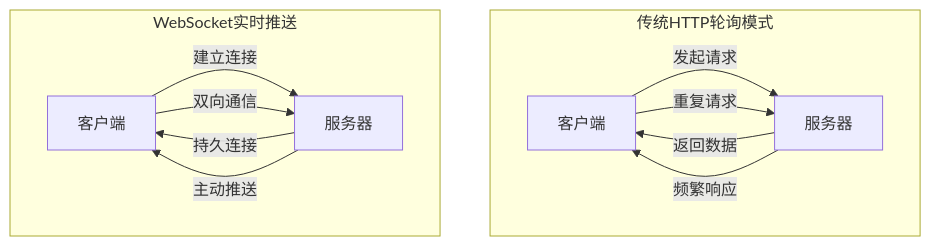
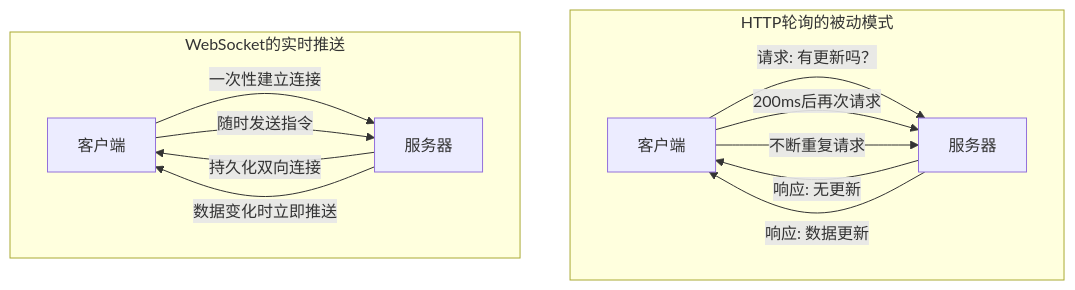
Before and after one commit to kick-pixel/btc_eth_bizzan_contract_Exchange_ztuo_jiaoyisuo: the first of 7 diagrams in doc/08.Websocket 实时消息推送：AQMD-NETTY 框架.md, drawn with Mermaid. The commit also changed other lines of this file and 27 other files, not shown here.

````diff
--- a/doc/08.Websocket 实时消息推送：AQMD-NETTY 框架.md
+++ b/doc/08.Websocket 实时消息推送：AQMD-NETTY 框架.md
@@ -21,16 +29,17 @@
 ```mermaid
 graph TD
-    subgraph "传统HTTP轮询模式"
-        A[客户端] -- 发起请求 --> B[服务器];
-        B -- 返回数据 --> A;
-        A -- 重复请求 --> B;
-        B -- 频繁响应 --> A;
+    subgraph "HTTP轮询的被动模式"
+        A[客户端] -- 请求: 有更新吗？ --> B[服务器];
+        B -- 响应: 无更新 --> A;
+        A -- 200ms后再次请求 --> B;
+        B -- 响应: 数据更新 --> A;
+        A[客户端] -- 不断重复请求 --> B[服务器];
     end
 
-    subgraph "WebSocket实时推送"
-        C[客户端] -- 建立连接 --> D[服务器];
-        D -- 持久连接 --> C;
-        D -- 主动推送 --> C;
-        C -- 双向通信 --> D;
+    subgraph "WebSocket的实时推送"
+        C[客户端] -- 一次性建立连接 --> D[服务器];
+        D -- 持久化双向连接 --> C;
+        D -- 数据变化时立即推送 --> C;
+        C -- 随时发送指令 --> D;
     end
 ```
````
